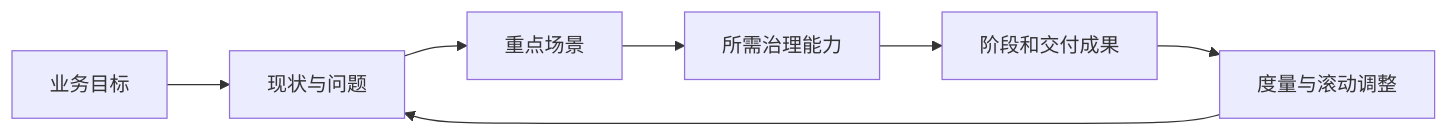
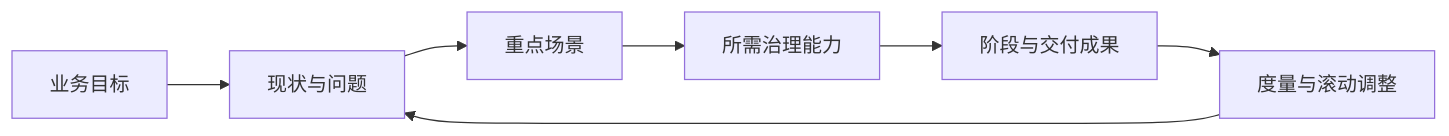
Before and after one commit to pampa0629/addp: the diagram in docs/books/数据治理100问/01-总则与战略篇/006-如何制定可落地的数据治理路线图.md, drawn with Mermaid. The commit also changed other lines of this file and 111 other files, not shown here.

````diff
--- a/docs/books/数据治理100问/01-总则与战略篇/006-如何制定可落地的数据治理路线图.md
+++ b/docs/books/数据治理100问/01-总则与战略篇/006-如何制定可落地的数据治理路线图.md
@@ -42,9 +26,9 @@
 ```mermaid
 flowchart LR
     A["业务目标"] --> B["现状与问题"]
     B --> C["重点场景"]
     C --> D["所需治理能力"]
-    D --> E["阶段和交付成果"]
+    D --> E["阶段与交付成果"]
     E --> F["度量与滚动调整"]
     F --> B
 ```
````
